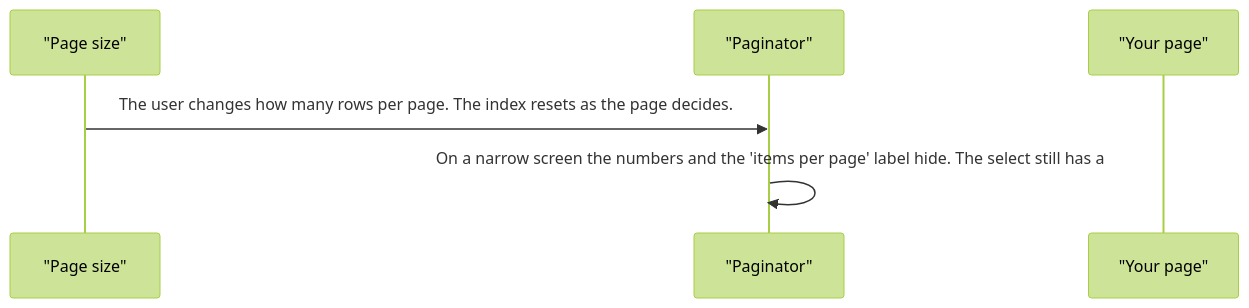
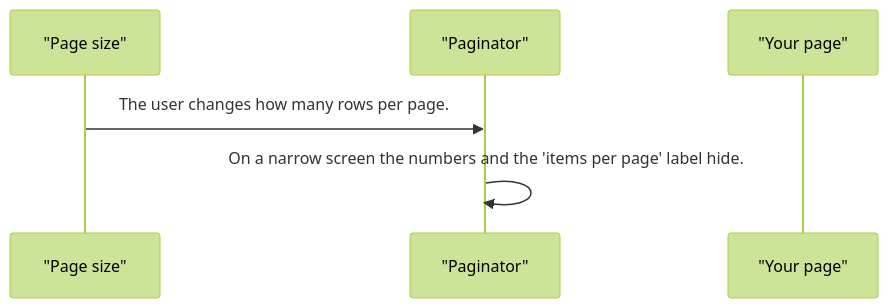
The third of 3 diagrams in projects/pixel-ui/src/lib/pixel-paginator/DESIGN.md (RajshekharBorate/pixel-ui), drawn with Mermaid (forest theme) before and after one commit. The commit also changed other lines of this file and 80 other files, not shown here.

Commit message:
Fill missing design flows and correct the stories that did not match component behavior.

````diff
--- a/projects/pixel-ui/src/lib/pixel-paginator/DESIGN.md
+++ b/projects/pixel-ui/src/lib/pixel-paginator/DESIGN.md
@@ -60,8 +60,8 @@
 ```mermaid
 sequenceDiagram
   participant size as "Page size"
   participant pager as "Paginator"
   participant page as "Your page"
-  size->>pager: The user changes how many rows per page. The index resets as the page decides.
-  pager->>pager: On a narrow screen the numbers and the 'items per page' label hide. The select still has a
+  size->>pager: The user changes how many rows per page.
+  pager->>pager: On a narrow screen the numbers and the 'items per page' label hide.
 ```
````
